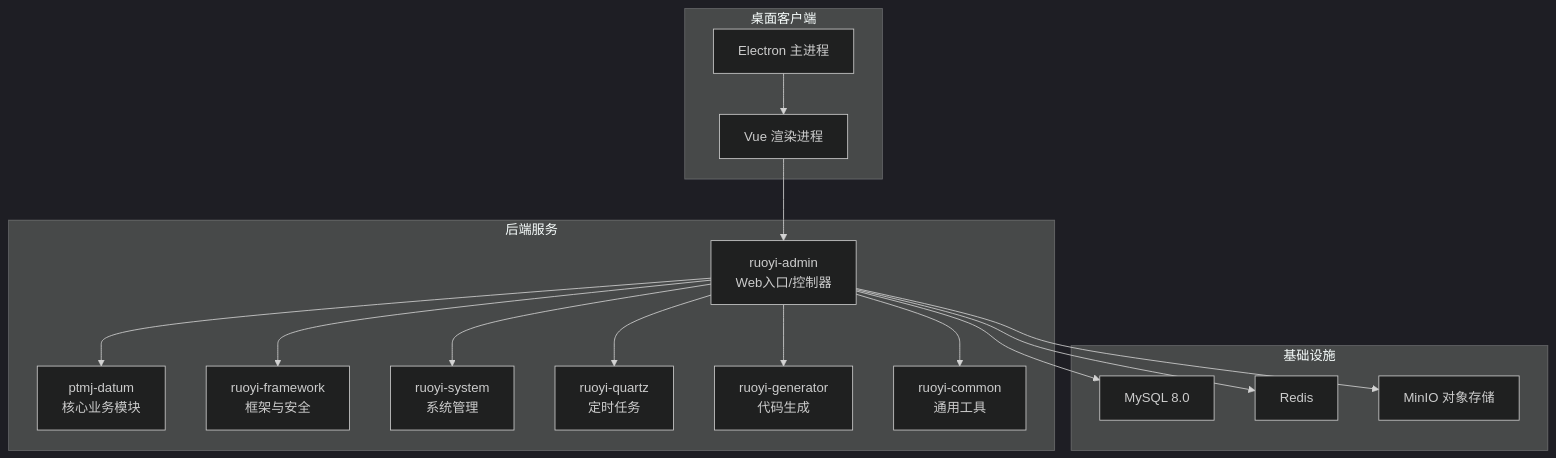
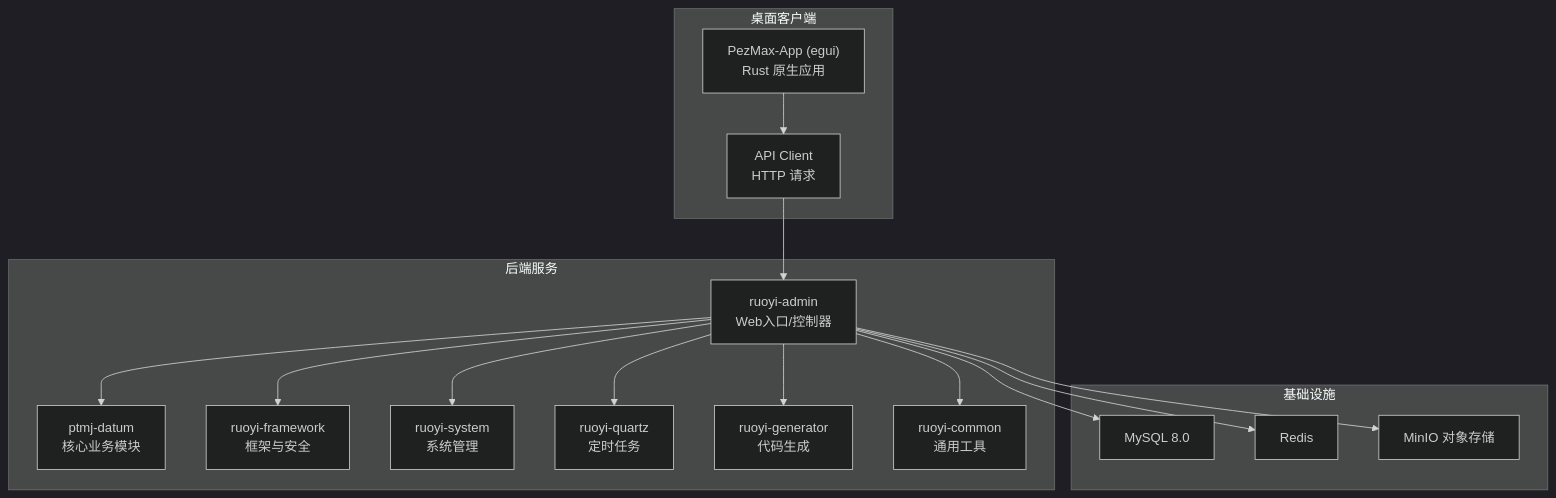
The first of 6 diagrams in repowiki/zh/content/快速开始.md (PezMax/PezMax-One), drawn with Mermaid (dark theme) before and after one commit. The commit also changed other lines of this file and 12 other files, not shown here.

First line of the commit message:
docs: 同步文档至 Rust + egui 原生架构

````diff
--- a/repowiki/zh/content/快速开始.md
+++ b/repowiki/zh/content/快速开始.md
@@ -43,32 +43,32 @@
 ```mermaid
 graph TB
 subgraph "后端服务"
 A["ruoyi-admin<br/>Web入口/控制器"]
 B["ptmj-datum<br/>核心业务模块"]
 C["ruoyi-framework<br/>框架与安全"]
 D["ruoyi-system<br/>系统管理"]
 E["ruoyi-quartz<br/>定时任务"]
 F["ruoyi-generator<br/>代码生成"]
 G["ruoyi-common<br/>通用工具"]
 end
 subgraph "基础设施"
 H["MySQL 8.0"]
 I["Redis"]
 J["MinIO 对象存储"]
 end
 subgraph "桌面客户端"
-K["Electron 主进程"]
-L["Vue 渲染进程"]
+K["PezMax-App (egui)<br/>Rust 原生应用"]
+L["API Client<br/>HTTP 请求"]
 end
 A --> B
 A --> C
 A --> D
 A --> E
 A --> F
 A --> G
 A --> H
 A --> I
 A --> J
+K --> L
 L --> A
-K --> L
 ```
````
